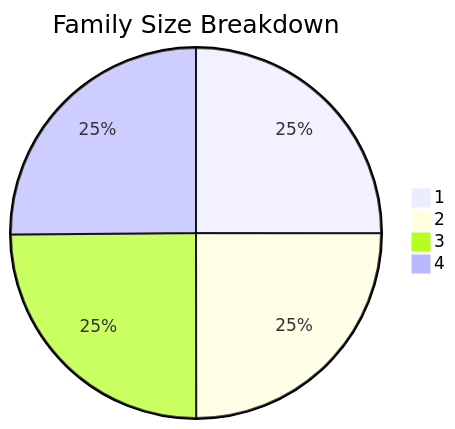
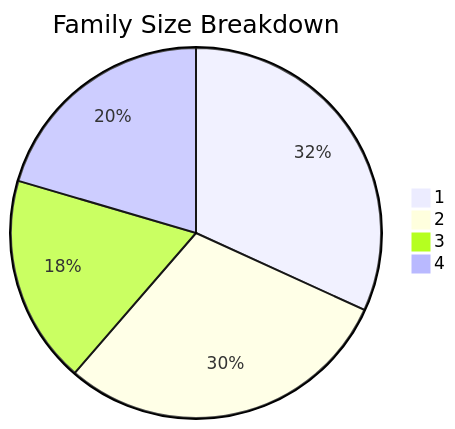
Before and after one commit to dhagan-va/intern-2025: the sixth of 10 diagrams in test-tools/DataGen/src/Statistics_Visualizer.md, drawn with Mermaid. The commit also changed other lines of this file and 6 other files, not shown here.

````diff
--- a/test-tools/DataGen/src/Statistics_Visualizer.md
+++ b/test-tools/DataGen/src/Statistics_Visualizer.md
@@ -67,7 +67,7 @@
 ```mermaid
 pie title Family Size Breakdown
-    "1" : 10006
-    "2" : 9979
-    "3" : 9952
-    "4" : 10045
+    "1" : 14
+    "2" : 13
+    "3" : 8
+    "4" : 9
 ```
````
